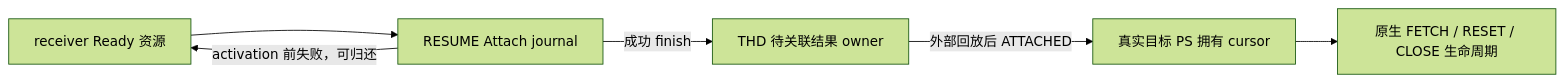
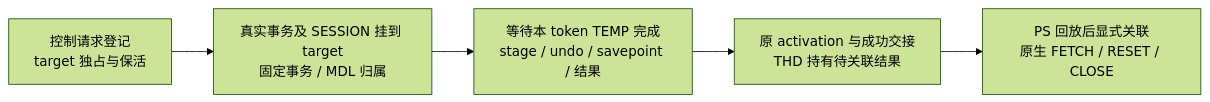
One commit to hongsediguo2025/mysql-server-learn changed the sixth of 8 diagrams in design/workshops/temp-table-preserve/detailed-design.md. Above: the diagram before and after it, drawn with Mermaid (forest theme). The commit also changed other lines of this file and 157 other files, not shown here.

````diff
--- a/design/workshops/temp-table-preserve/detailed-design.md
+++ b/design/workshops/temp-table-preserve/detailed-design.md
@@ -284,8 +288,7 @@
 ```mermaid
 flowchart LR
-    A[receiver Ready 资源] --> B[RESUME Attach journal]
-    B -->|activation 前失败，可归还| A
-    B -->|成功 finish| C[THD 待关联结果 owner]
-    C -->|外部回放后 ATTACHED| D[真实目标 PS 拥有 cursor]
-    D --> E[原生 FETCH / RESET / CLOSE 生命周期]
+    A[控制请求登记<br/>target 独占与保活] --> B[真实事务及 SESSION 挂到 target<br/>固定事务 / MDL 归属]
+    B --> C[等待本 token TEMP 完成<br/>stage / undo / savepoint / 结果]
+    C --> D[原 activation 与成功交接<br/>THD 持有待关联结果]
+    D --> E[PS 回放后显式关联<br/>原生 FETCH / RESET / CLOSE]
 ```
````
